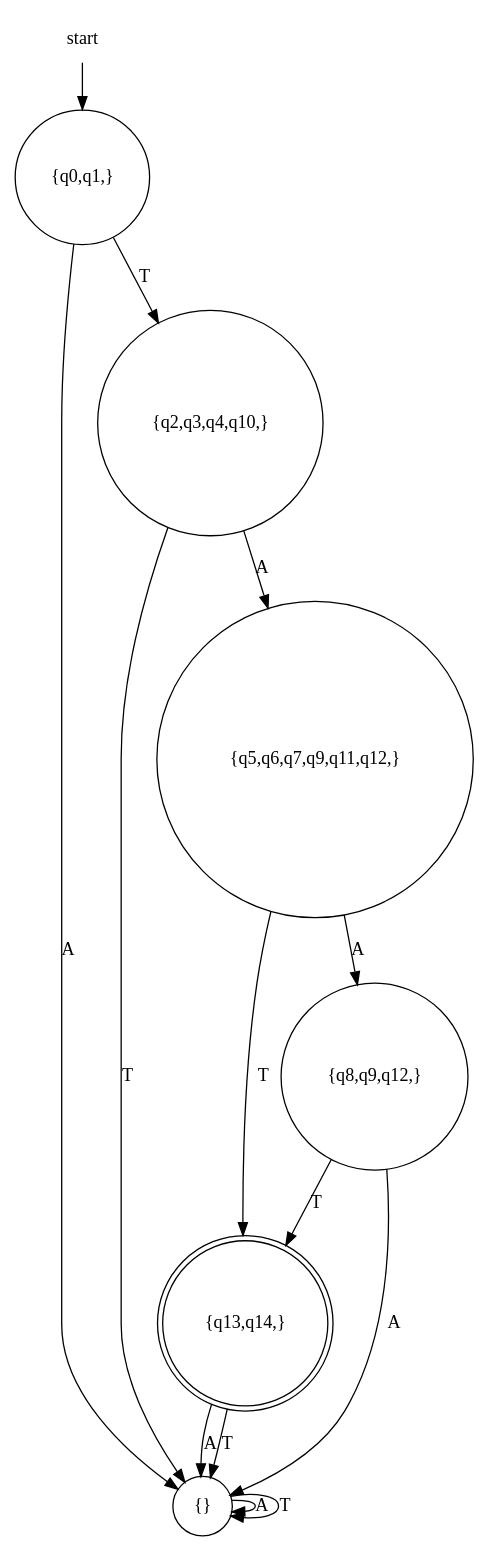
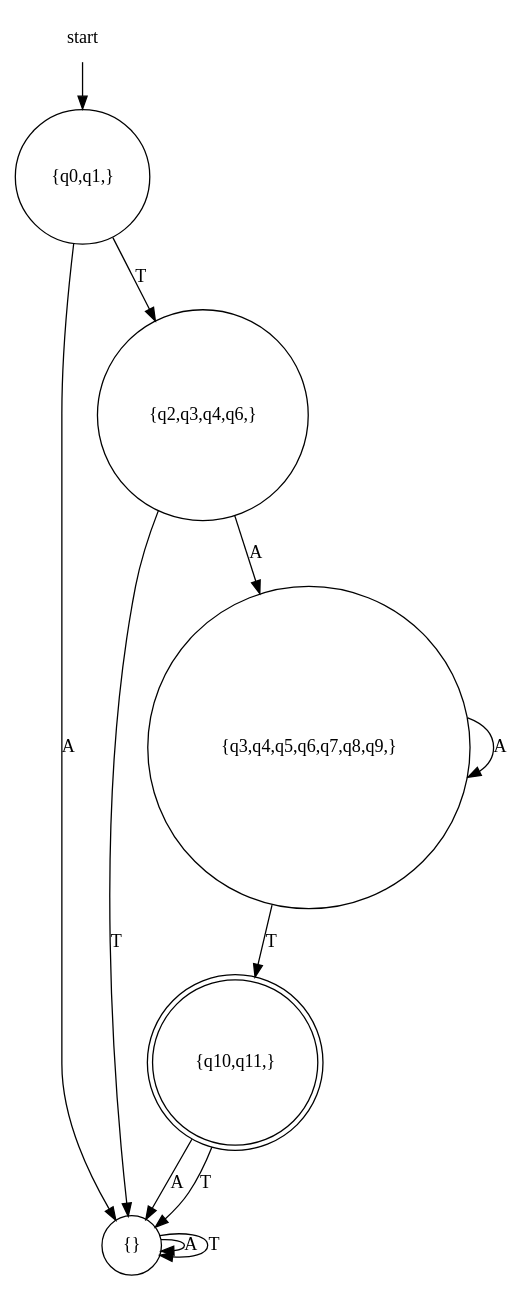
One commit to evertheylen/TA_TO changed the diagram in Helix/dfa.dot. Above: the diagram before and after it, drawn with Graphviz. The commit also changed 6 other files, not shown here.

```diff
--- a/Helix/dfa.dot
+++ b/Helix/dfa.dot
@@ -1,18 +1,16 @@
 digraph automaton {
     node [shape=none]; start;
-    node [shape=doublecircle]; "{q13,q14,}";
+    node [shape=doublecircle]; "{q10,q11,}";
     node [shape=circle];
     start -> "{q0,q1,}";
     "{q0,q1,}" -> "{}" [label="A"];
-    "{q0,q1,}" -> "{q2,q3,q4,q10,}" [label="T"];
+    "{q0,q1,}" -> "{q2,q3,q4,q6,}" [label="T"];
     "{}" -> "{}" [label="A"];
     "{}" -> "{}" [label="T"];
-    "{q2,q3,q4,q10,}" -> "{q5,q6,q7,q9,q11,q12,}" [label="A"];
-    "{q2,q3,q4,q10,}" -> "{}" [label="T"];
-    "{q5,q6,q7,q9,q11,q12,}" -> "{q8,q9,q12,}" [label="A"];
-    "{q5,q6,q7,q9,q11,q12,}" -> "{q13,q14,}" [label="T"];
-    "{q8,q9,q12,}" -> "{}" [label="A"];
-    "{q8,q9,q12,}" -> "{q13,q14,}" [label="T"];
-    "{q13,q14,}" -> "{}" [label="A"];
-    "{q13,q14,}" -> "{}" [label="T"];
+    "{q2,q3,q4,q6,}" -> "{q3,q4,q5,q6,q7,q8,q9,}" [label="A"];
+    "{q2,q3,q4,q6,}" -> "{}" [label="T"];
+    "{q3,q4,q5,q6,q7,q8,q9,}" -> "{q3,q4,q5,q6,q7,q8,q9,}" [label="A"];
+    "{q3,q4,q5,q6,q7,q8,q9,}" -> "{q10,q11,}" [label="T"];
+    "{q10,q11,}" -> "{}" [label="A"];
+    "{q10,q11,}" -> "{}" [label="T"];
 }
```
